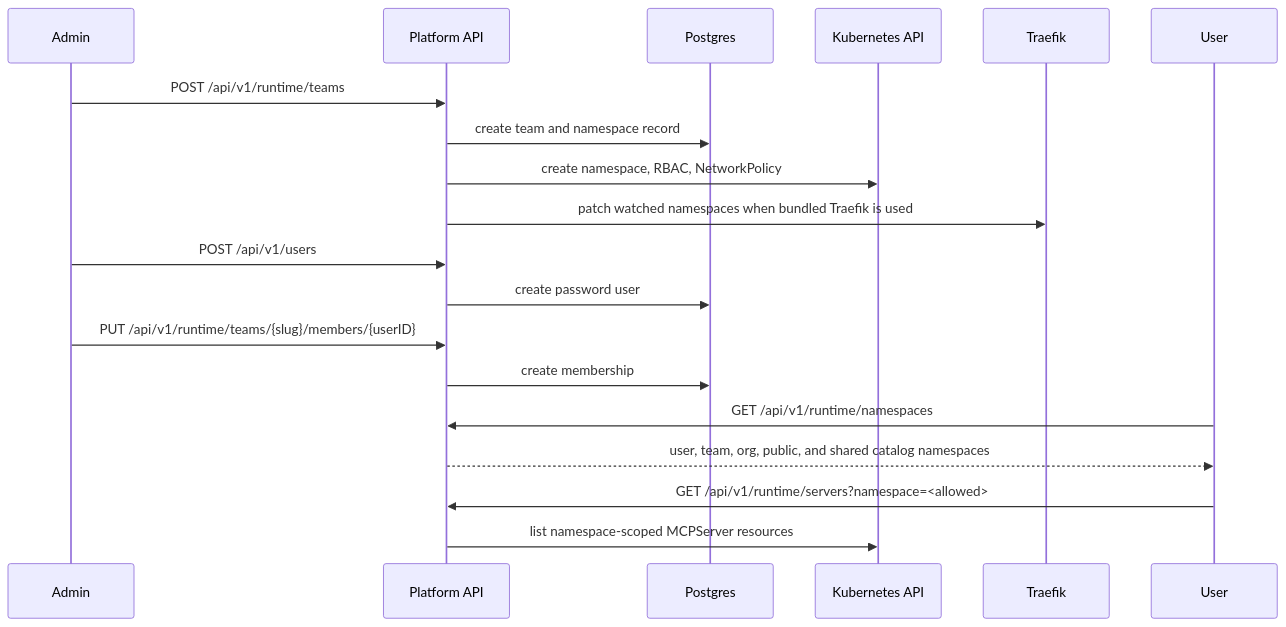
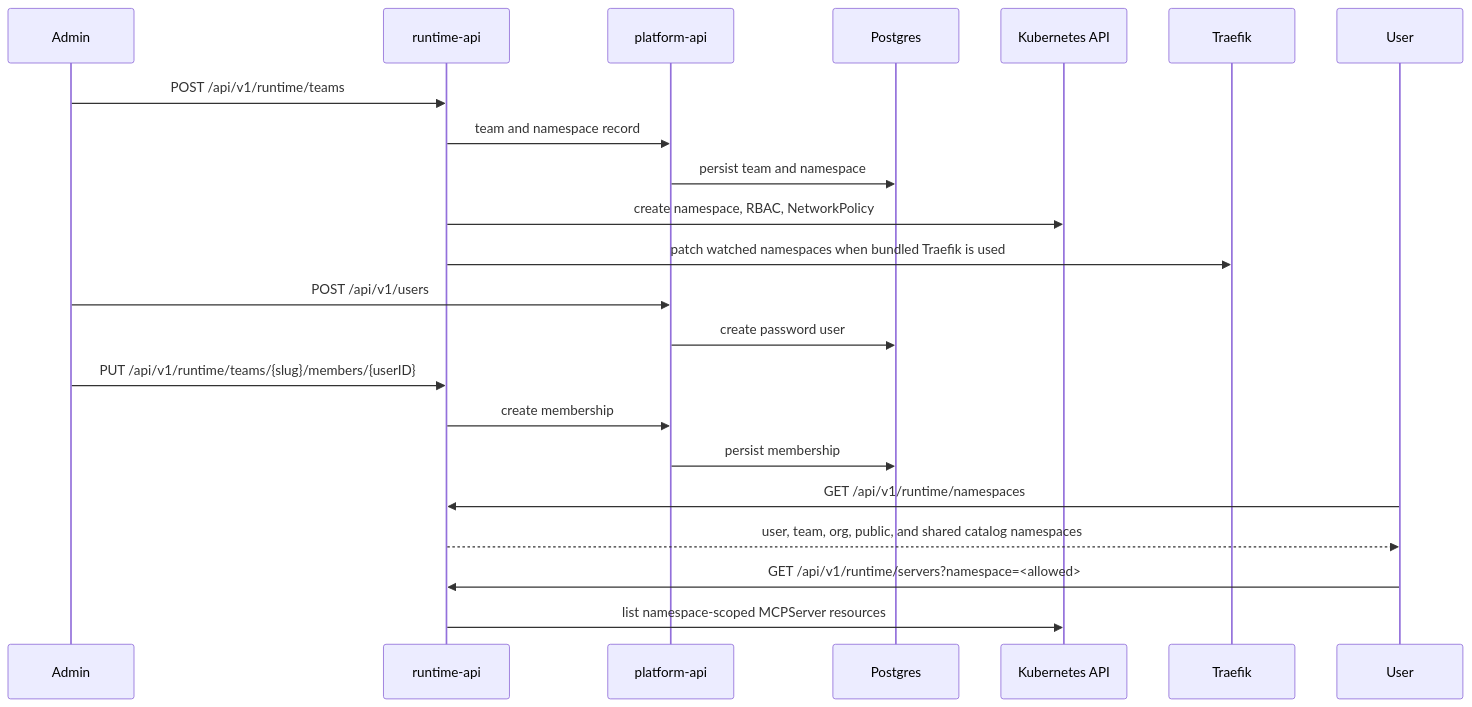
Before and after one commit to Agent-Hellboy/mcp-runtime: the eighth of 9 diagrams in docs/internals/request-flows.md, drawn with Mermaid. The commit also changed other lines of this file and 24 other files, not shown here.

````diff
--- a/docs/internals/request-flows.md
+++ b/docs/internals/request-flows.md
@@ -275,22 +280,25 @@
 ```mermaid
 sequenceDiagram
     participant Admin
-    participant API as Platform API
+    participant API as runtime-api
+    participant Platform as platform-api
     participant DB as Postgres
     participant K8s as Kubernetes API
     participant Traefik
     participant User
 
     Admin->>API: POST /api/v1/runtime/teams
-    API->>DB: create team and namespace record
+    API->>Platform: team and namespace record
+    Platform->>DB: persist team and namespace
     API->>K8s: create namespace, RBAC, NetworkPolicy
     API->>Traefik: patch watched namespaces when bundled Traefik is used
-    Admin->>API: POST /api/v1/users
-    API->>DB: create password user
+    Admin->>Platform: POST /api/v1/users
+    Platform->>DB: create password user
     Admin->>API: PUT /api/v1/runtime/teams/{slug}/members/{userID}
-    API->>DB: create membership
+    API->>Platform: create membership
+    Platform->>DB: persist membership
     User->>API: GET /api/v1/runtime/namespaces
     API-->>User: user, team, org, public, and shared catalog namespaces
     User->>API: GET /api/v1/runtime/servers?namespace=<allowed>
     API->>K8s: list namespace-scoped MCPServer resources
 ```
````
